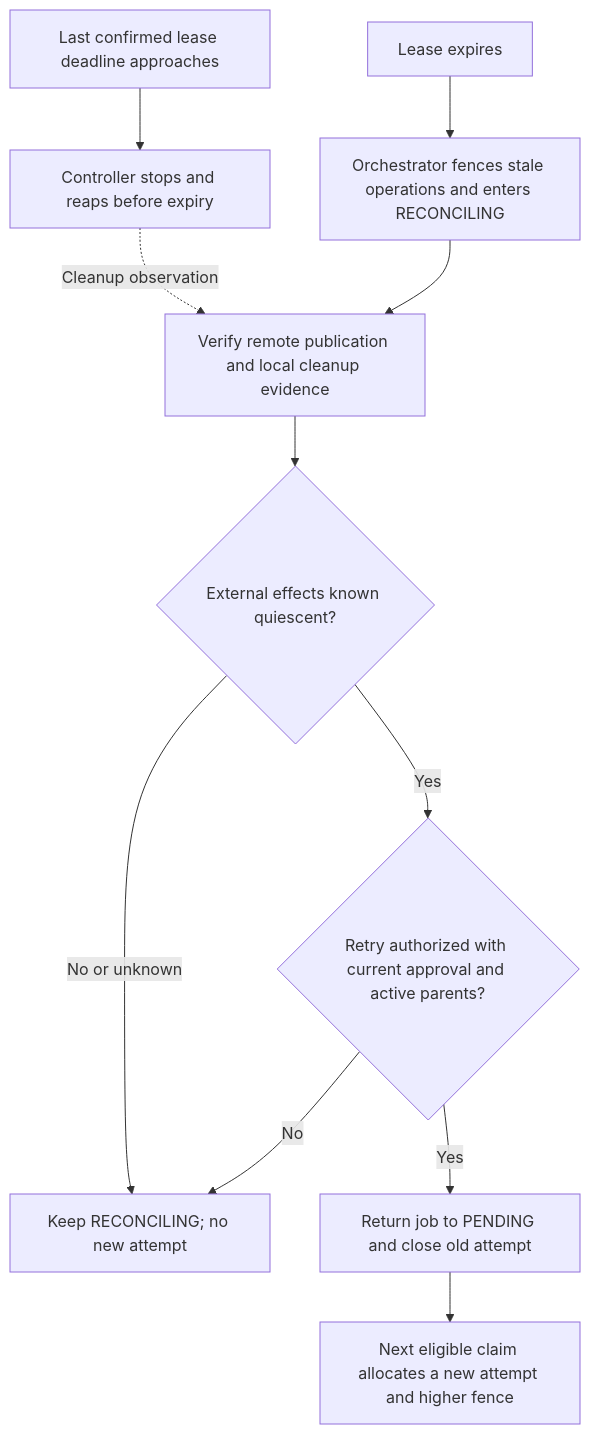
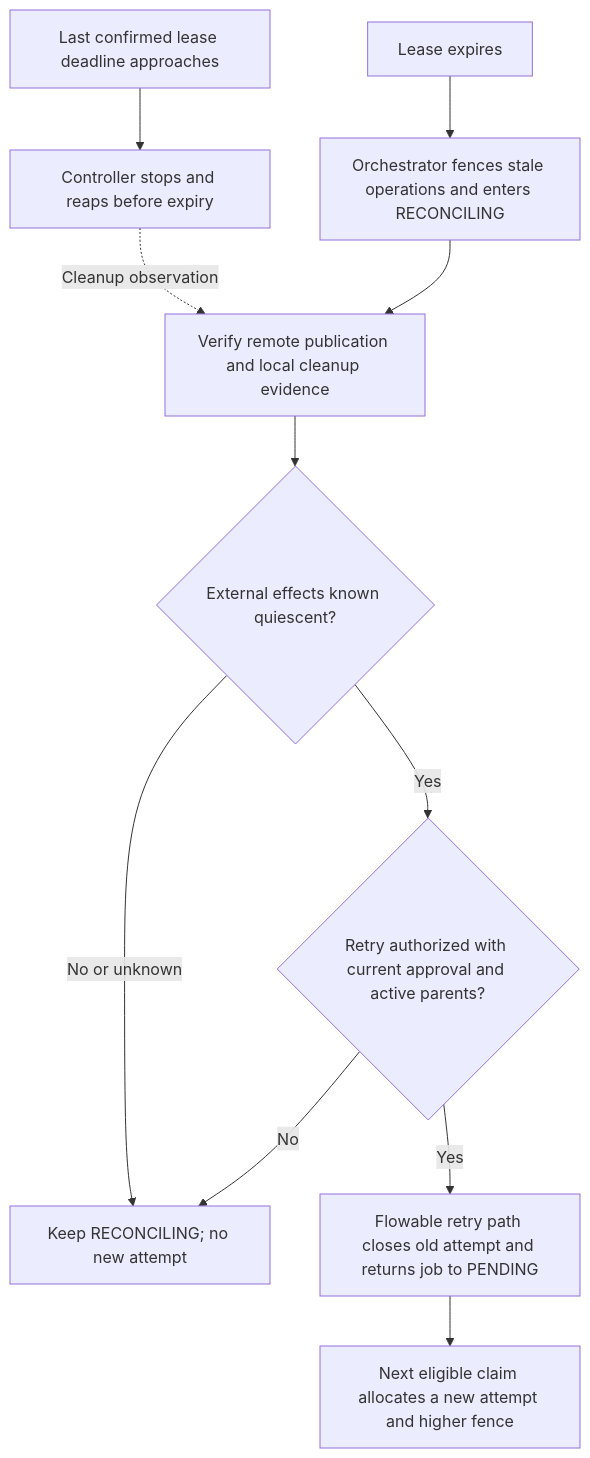
One commit to skizzay/forgeflow changed the second of 2 diagrams in docs/requirements/worker-protocol.md. Above: the diagram before and after it, drawn with Mermaid. The commit also changed other lines of this file and 4 other files, not shown here.

Commit message:
Connect worker contract to Flowable and provider boundaries (#77)

````diff
--- a/docs/requirements/worker-protocol.md
+++ b/docs/requirements/worker-protocol.md
@@ -233,13 +275,13 @@
 ```mermaid
 flowchart TD
     D[Last confirmed lease deadline approaches] --> W[Controller stops and reaps before expiry]
     E[Lease expires] --> O[Orchestrator fences stale operations and enters RECONCILING]
     W -. Cleanup observation .-> V
     O --> V[Verify remote publication and local cleanup evidence]
     V --> Q{External effects known quiescent?}
     Q -->|No or unknown| H[Keep RECONCILING; no new attempt]
     Q -->|Yes| A{Retry authorized with current approval and active parents?}
     A -->|No| H
-    A -->|Yes| P[Return job to PENDING and close old attempt]
+    A -->|Yes| P[Flowable retry path closes old attempt and returns job to PENDING]
     P --> C[Next eligible claim allocates a new attempt and higher fence]
 ```
````
